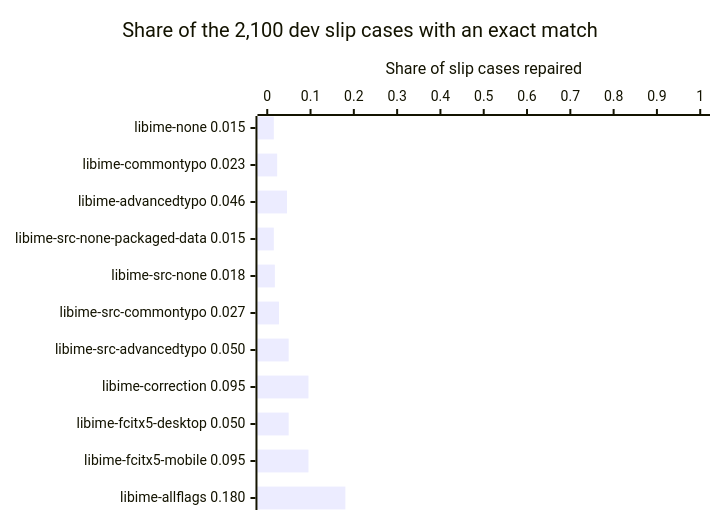
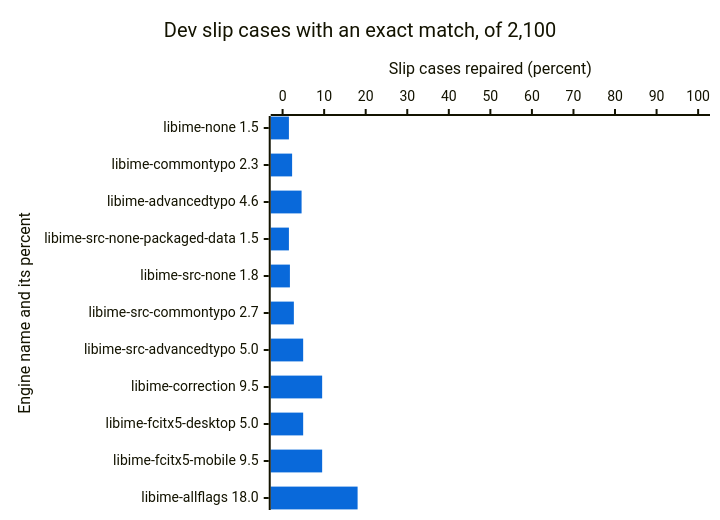
Before and after one commit to YilongJu/iphone-duo-keyboard: the diagram in scripts/typing-evaluation/engines/libime/README.md, drawn with Mermaid. The commit also changed other lines of this file, not shown here.

First line of the commit message:
Rewrite the libime README around the task table and percent scores of run 42762822650

````diff
--- a/scripts/typing-evaluation/engines/libime/README.md
+++ b/scripts/typing-evaluation/engines/libime/README.md
@@ -116,7 +135,13 @@
 ```mermaid
+---
+config:
+  themeVariables:
+    xyChart:
+      plotColorPalette: "#0969da"
+---
 xychart-beta horizontal
-    title "Share of the 2,100 dev slip cases with an exact match"
-    x-axis ["libime-none 0.015", "libime-commontypo 0.023", "libime-advancedtypo 0.046", "libime-src-none-packaged-data 0.015", "libime-src-none 0.018", "libime-src-commontypo 0.027", "libime-src-advancedtypo 0.050", "libime-correction 0.095", "libime-fcitx5-desktop 0.050", "libime-fcitx5-mobile 0.095", "libime-allflags 0.180"]
-    y-axis "Share of slip cases repaired" 0 --> 1
-    bar [0.0152, 0.0229, 0.0457, 0.0152, 0.0176, 0.0271, 0.0495, 0.0952, 0.0495, 0.0952, 0.1805]
+    title "Dev slip cases with an exact match, of 2,100"
+    x-axis "Engine name and its percent" ["libime-none 1.5", "libime-commontypo 2.3", "libime-advancedtypo 4.6", "libime-src-none-packaged-data 1.5", "libime-src-none 1.8", "libime-src-commontypo 2.7", "libime-src-advancedtypo 5.0", "libime-correction 9.5", "libime-fcitx5-desktop 5.0", "libime-fcitx5-mobile 9.5", "libime-allflags 18.0"]
+    y-axis "Slip cases repaired (percent)" 0 --> 100
+    bar [1.52, 2.29, 4.57, 1.52, 1.76, 2.71, 4.95, 9.52, 4.95, 9.52, 18.05]
 ```
````
